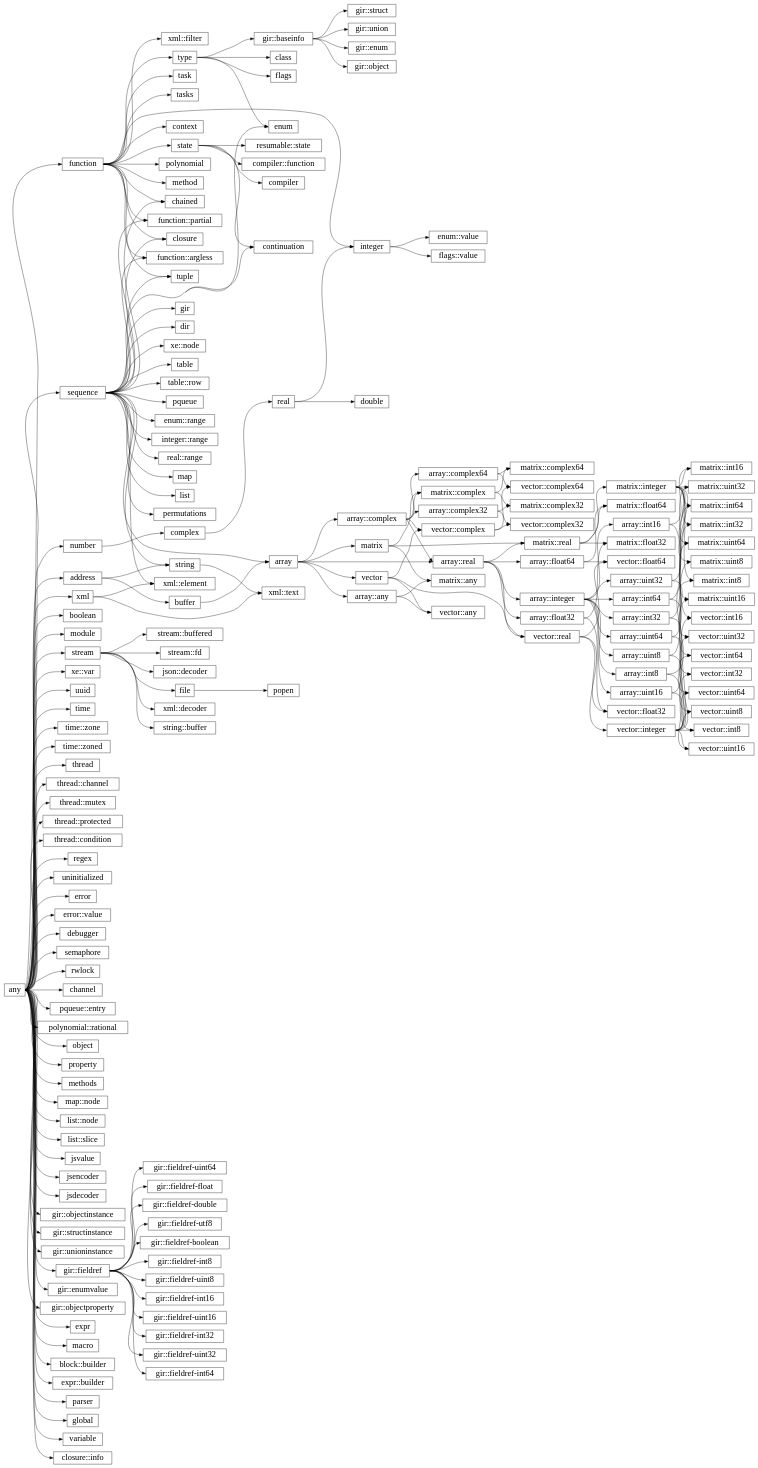
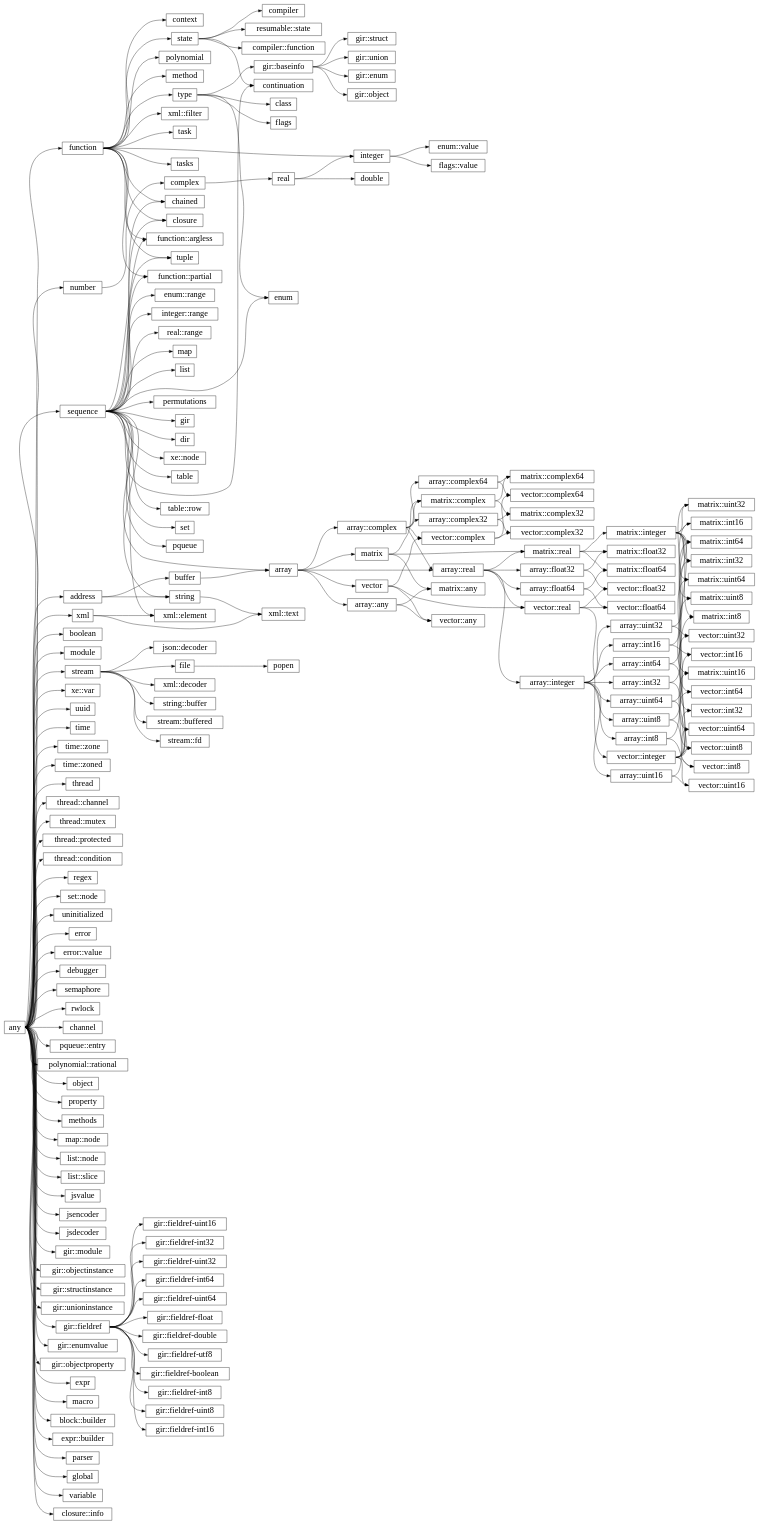
The diagram in docs/library/hierarchy.rst (wrapl/minilang), drawn with Graphviz before and after one commit. The commit also changed 17 other files, not shown here.

```diff
--- a/docs/library/hierarchy.rst
+++ b/docs/library/hierarchy.rst
@@ -54,6 +54,8 @@
       "any":e -> "stream":w;
       "stream":e -> "stream::buffered":w;
       "stream":e -> "stream::fd":w;
+      "sequence":e -> "set":w;
+      "any":e -> "set::node":w;
       "function":e -> "chained":w;
       "sequence":e -> "chained":w;
       "function":e -> "context":w;
@@ -101,6 +103,7 @@
       "any":e -> "jsdecoder":w;
       "sequence":e -> "gir":w;
       "type":e -> "gir::baseinfo":w;
+      "any":e -> "gir::module":w;
       "gir::baseinfo":e -> "gir::object":w;
       "any":e -> "gir::objectinstance":w;
       "gir::baseinfo":e -> "gir::struct":w;
```
